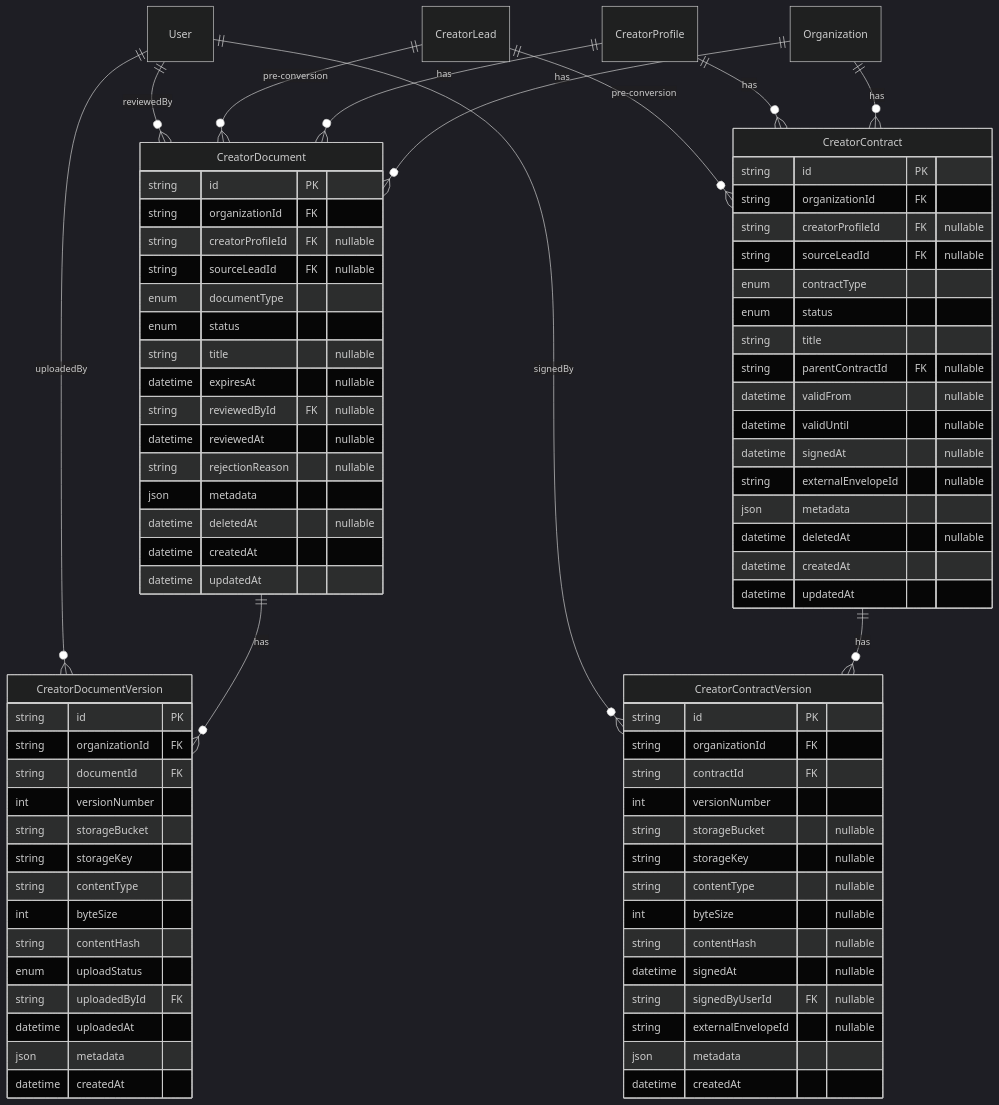
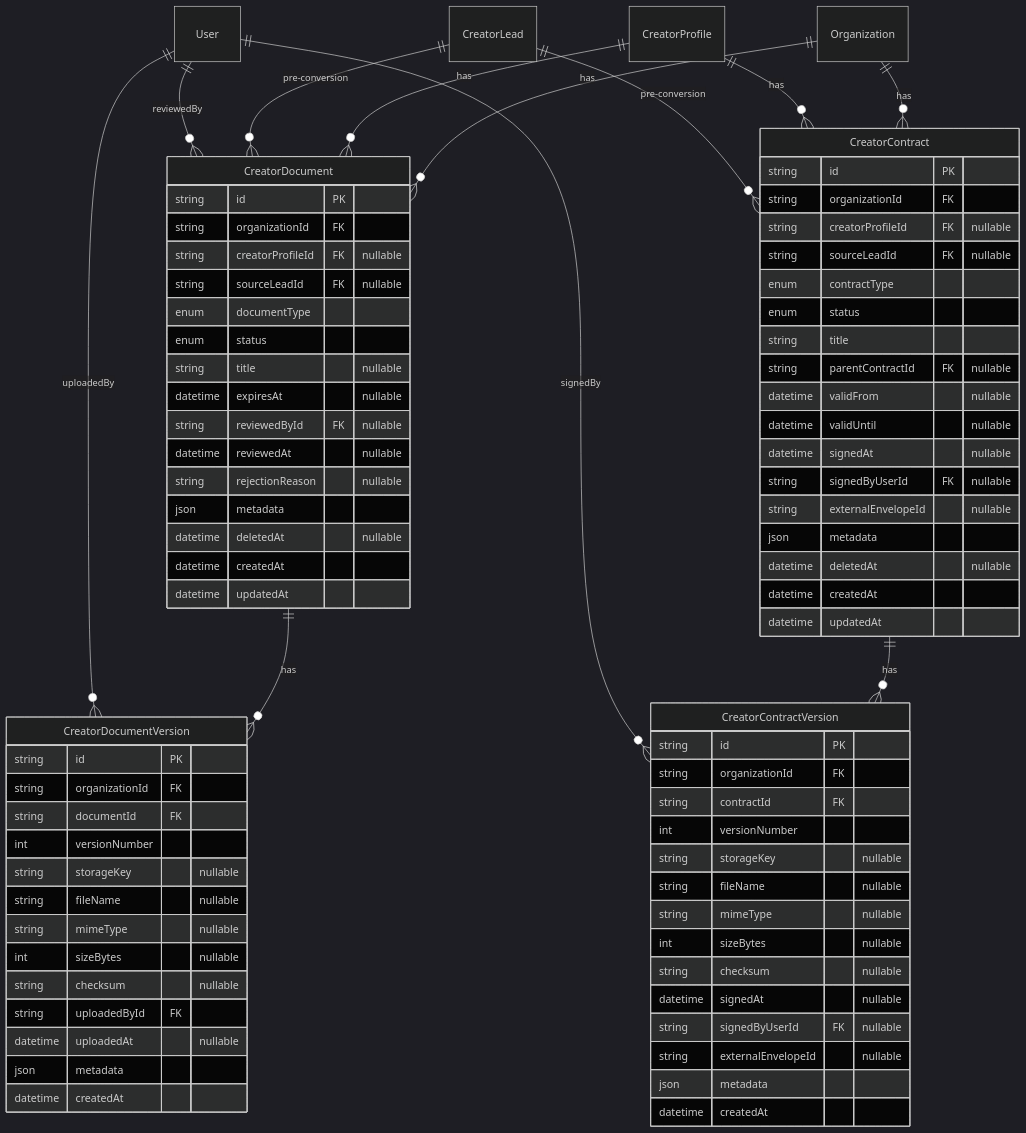
One commit to kolab-kevin/kolab-platform changed the diagram in docs/database/creator-documents-contracts-erd.md. Above: the diagram before and after it, drawn with Mermaid (dark theme). The commit also changed other lines of this file and 3 other files, not shown here.

Commit message:
feat(database): add creator documents and contracts schema

```diff
--- a/docs/database/creator-documents-contracts-erd.md
+++ b/docs/database/creator-documents-contracts-erd.md
@@ -71,14 +86,13 @@
     string organizationId FK
     string documentId FK
     int versionNumber
-    string storageBucket
-    string storageKey
-    string contentType
-    int byteSize
-    string contentHash
-    enum uploadStatus
+    string storageKey "nullable"
+    string fileName "nullable"
+    string mimeType "nullable"
+    int sizeBytes "nullable"
+    string checksum "nullable"
     string uploadedById FK
-    datetime uploadedAt
+    datetime uploadedAt "nullable"
     json metadata
     datetime createdAt
   }
@@ -95,6 +109,7 @@
     datetime validFrom "nullable"
     datetime validUntil "nullable"
     datetime signedAt "nullable"
+    string signedByUserId FK "nullable"
     string externalEnvelopeId "nullable"
     json metadata
     datetime deletedAt "nullable"
@@ -107,11 +122,11 @@
     string organizationId FK
     string contractId FK
     int versionNumber
-    string storageBucket "nullable"
     string storageKey "nullable"
-    string contentType "nullable"
-    int byteSize "nullable"
-    string contentHash "nullable"
+    string fileName "nullable"
+    string mimeType "nullable"
+    int sizeBytes "nullable"
+    string checksum "nullable"
     datetime signedAt "nullable"
     string signedByUserId FK "nullable"
     string externalEnvelopeId "nullable"
```
